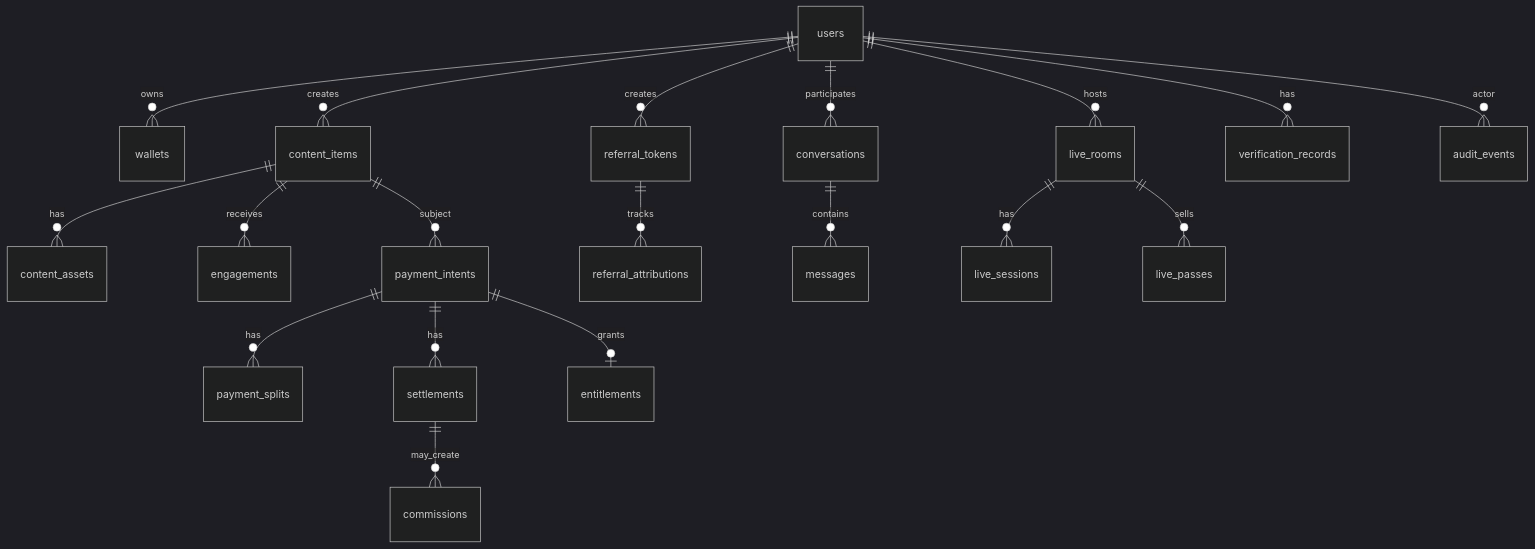
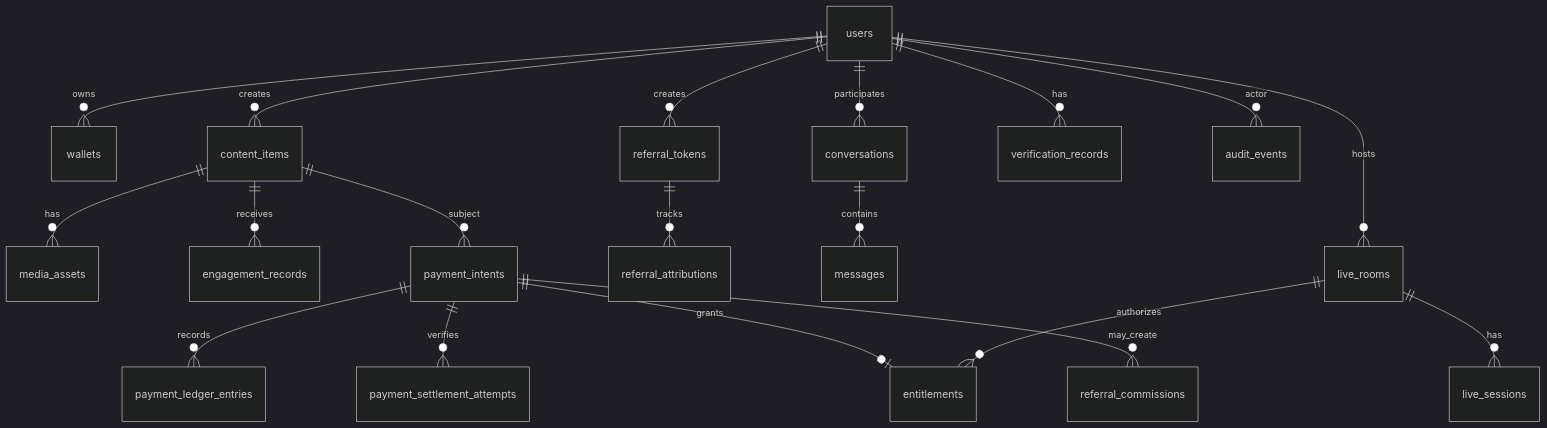
One commit to mariospeterman/VEEL-v2 changed the diagram in docs/v2-new-build/data-model.md. Above: the diagram before and after it, drawn with Mermaid (dark theme). The commit also changed other lines of this file and 94 other files, not shown here.

````diff
--- a/docs/v2-new-build/data-model.md
+++ b/docs/v2-new-build/data-model.md
@@ -27,21 +27,21 @@
 ```mermaid
 erDiagram
   users ||--o{ wallets : owns
   users ||--o{ content_items : creates
-  content_items ||--o{ content_assets : has
-  content_items ||--o{ engagements : receives
+  content_items ||--o{ media_assets : has
+  content_items ||--o{ engagement_records : receives
   content_items ||--o{ payment_intents : subject
-  payment_intents ||--o{ payment_splits : has
-  payment_intents ||--o{ settlements : has
+  payment_intents ||--o{ payment_ledger_entries : records
+  payment_intents ||--o{ payment_settlement_attempts : verifies
   payment_intents ||--o| entitlements : grants
   users ||--o{ referral_tokens : creates
   referral_tokens ||--o{ referral_attributions : tracks
-  settlements ||--o{ commissions : may_create
+  payment_intents ||--o{ referral_commissions : may_create
   users ||--o{ conversations : participates
   conversations ||--o{ messages : contains
   users ||--o{ live_rooms : hosts
   live_rooms ||--o{ live_sessions : has
-  live_rooms ||--o{ live_passes : sells
+  live_rooms ||--o{ entitlements : authorizes
   users ||--o{ verification_records : has
   users ||--o{ audit_events : actor
 ```
````
